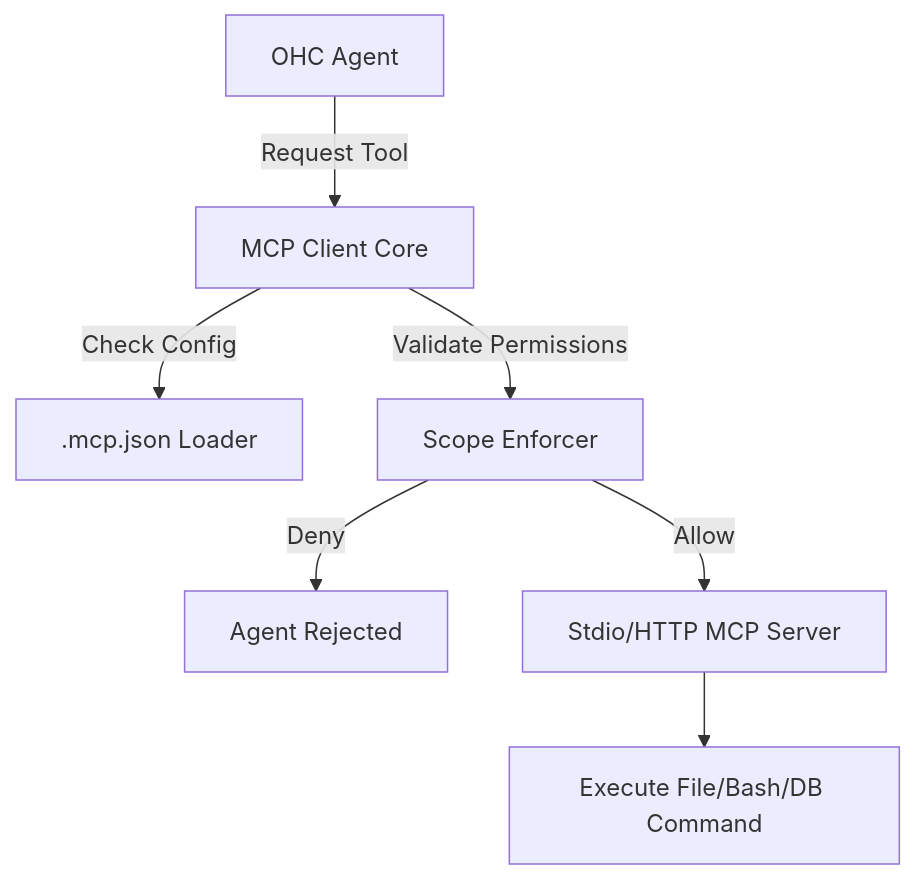
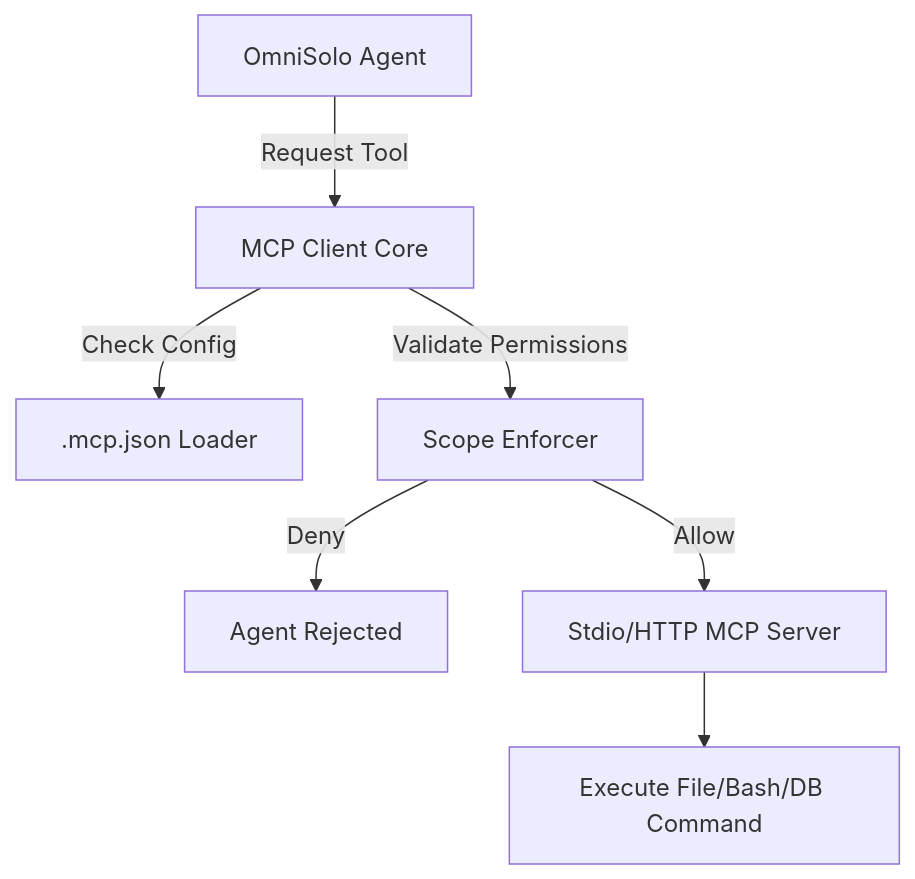
One commit to omnisolo-llc/onehumancorp changed the diagram in docs/technical/research/[harness]_native_mcp_tool_integration.md. Above: the diagram before and after it, drawn with Mermaid. The commit also changed other lines of this file and 2191 other files, not shown here.

Commit message:
feat: complete OmniSolo rename and browser audit

```diff
--- a/docs/technical/research/[harness]_native_mcp_tool_integration.md
+++ b/docs/technical/research/[harness]_native_mcp_tool_integration.md
@@ -36,9 +36,9 @@
   <pre class="mermaid">
   graph TD
-    A[OHC Agent] -->|Request Tool| B[MCP Client Core]
+    A[OmniSolo Agent] -->|Request Tool| B[MCP Client Core]
     B -->|Check Config| C[.mcp.json Loader]
     B -->|Validate Permissions| D[Scope Enforcer]
     D -- Deny --> E[Agent Rejected]
     D -- Allow --> F[Stdio/HTTP MCP Server]
     F --> G[Execute File/Bash/DB Command]
   </pre>
```
